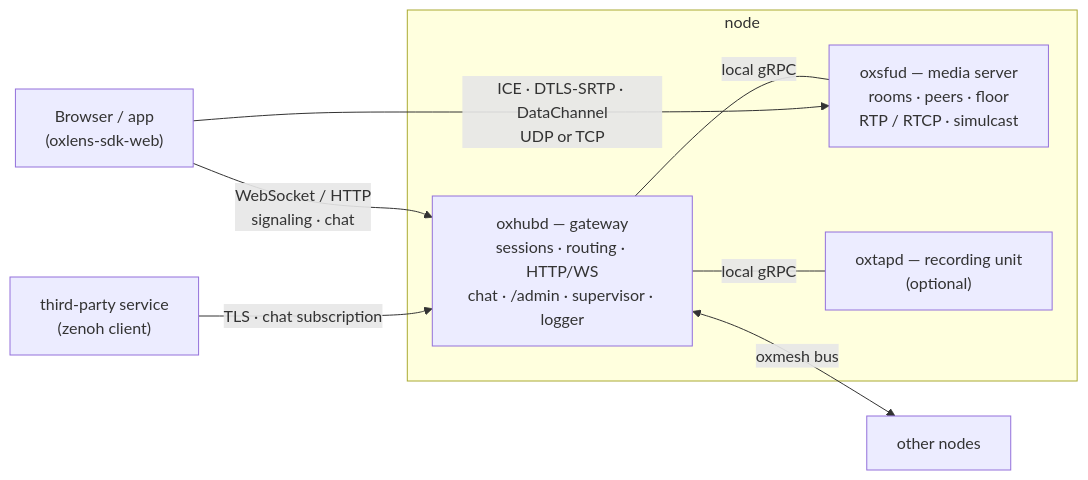
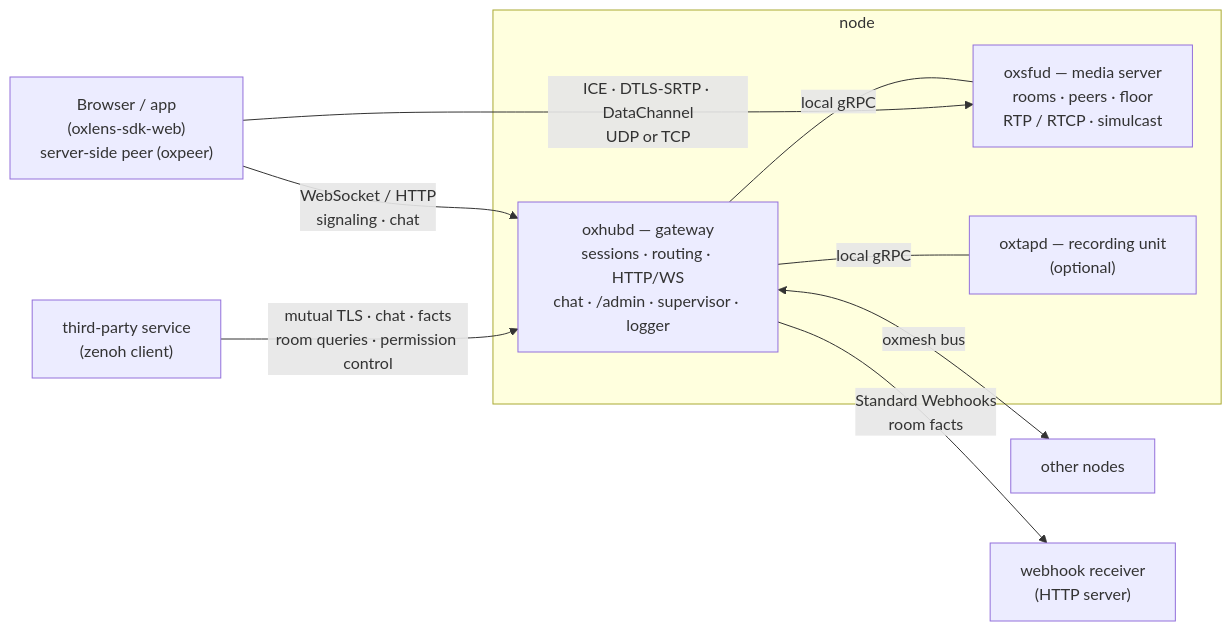
The diagram in README.md (kodeholic9/oxlens-sfu), drawn with Mermaid before and after one commit. The commit also changed other lines of this file and 1 other file, not shown here.

Commit message:
README 현행화 — 최신 태그 v1.13 · Apache 로 남는 판 v1.13 까지 · 듣는 방 20 · 구조 그림에 oxpeer · webhook · 대외 연동 입구 · 크레이트 표 oxpeer · 방 연동(hook) 절 새로(사실 구독 · 조회 · 제어 · webhook 키 꼴) · 설정 [hook] · 모형 검사 판 98 · 100 · 현황 절 v1.13 이후 (20261127)

````diff
--- a/README.md
+++ b/README.md
@@ -43,17 +43,19 @@
 ```mermaid
 flowchart LR
-  C["Browser / app<br/>(oxlens-sdk-web)"]
+  C["Browser / app<br/>(oxlens-sdk-web)<br/>server-side peer (oxpeer)"]
   subgraph N1["node"]
     H["oxhubd — gateway<br/>sessions · routing · HTTP/WS<br/>chat · /admin · supervisor · logger"]
     S["oxsfud — media server<br/>rooms · peers · floor<br/>RTP / RTCP · simulcast"]
     R["oxtapd — recording unit<br/>(optional)"]
     H -- "local gRPC" --- S
     H -- "local gRPC" --- R
   end
   N2["other nodes"]
   X["third-party service<br/>(zenoh client)"]
+  W["webhook receiver<br/>(HTTP server)"]
   C -- "WebSocket / HTTP<br/>signaling · chat" --> H
   C -- "ICE · DTLS-SRTP · DataChannel<br/>UDP or TCP" --> S
   H <-- "oxmesh bus" --> N2
-  X -- "TLS · chat subscription" --> H
+  X -- "mutual TLS · chat · facts<br/>room queries · permission control" --> H
+  H -- "Standard Webhooks<br/>room facts" --> W
 ```
````
